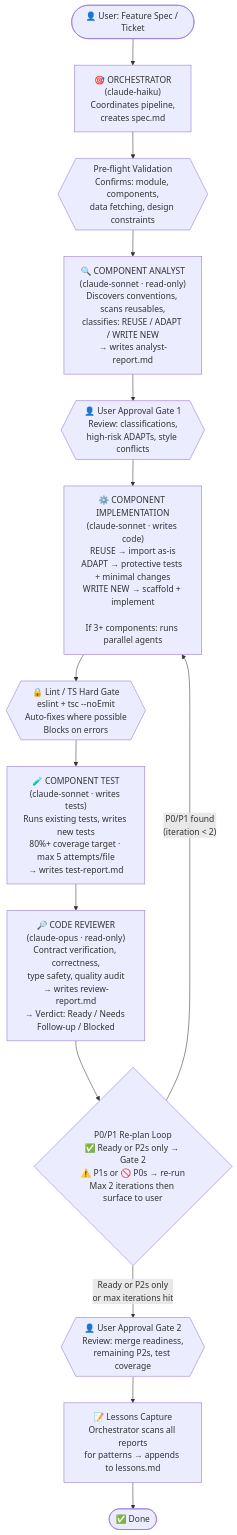
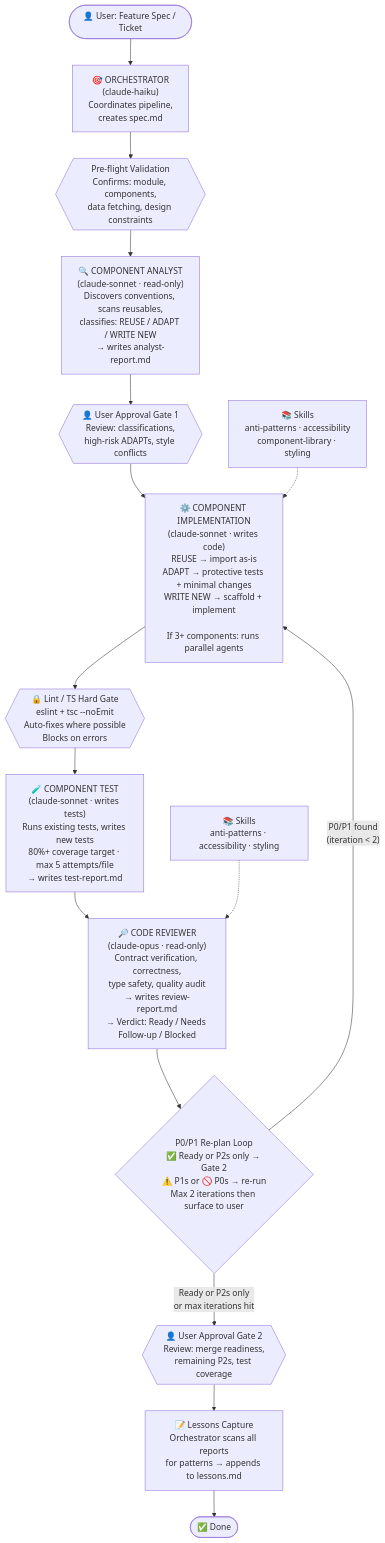
Before and after one commit to cgfeletar/Agents: the diagram in README.md, drawn with Mermaid.

Commit message:
Add skills to flowchart

````diff
--- a/README.md
+++ b/README.md
@@ -14,41 +14,47 @@
 ```mermaid
 flowchart TD
     USER([👤 User: Feature Spec / Ticket])
     USER --> ORC
 
     ORC["🎯 ORCHESTRATOR<br/>(claude-haiku)<br/>Coordinates pipeline,<br/>creates spec.md"]
     ORC --> PRE
 
     PRE{{"Pre-flight Validation<br/>Confirms: module, components,<br/>data fetching, design constraints"}}
     PRE --> ANA
 
     ANA["🔍 COMPONENT ANALYST<br/>(claude-sonnet · read-only)<br/>Discovers conventions, scans reusables,<br/>classifies: REUSE / ADAPT / WRITE NEW<br/>→ writes analyst-report.md"]
     ANA --> GATE1
 
     GATE1{{"👤 User Approval Gate 1<br/>Review: classifications,<br/>high-risk ADAPTs, style conflicts"}}
     GATE1 --> IMP
 
+    SK_IMP["📚 Skills<br/>anti-patterns · accessibility<br/>component-library · styling"]
+    SK_IMP -.-> IMP
+
     IMP["⚙️ COMPONENT IMPLEMENTATION<br/>(claude-sonnet · writes code)<br/>REUSE → import as-is<br/>ADAPT → protective tests + minimal changes<br/>WRITE NEW → scaffold + implement<br/><br/>If 3+ components: runs parallel agents"]
     IMP --> LINT
 
     LINT{{"🔒 Lint / TS Hard Gate<br/>eslint + tsc --noEmit<br/>Auto-fixes where possible<br/>Blocks on errors"}}
     LINT --> TEST
 
     TEST["🧪 COMPONENT TEST<br/>(claude-sonnet · writes tests)<br/>Runs existing tests, writes new tests<br/>80%+ coverage target · max 5 attempts/file<br/>→ writes test-report.md"]
     TEST --> REV
+
+    SK_REV["📚 Skills<br/>anti-patterns · accessibility · styling"]
+    SK_REV -.-> REV
 
     REV["🔎 CODE REVIEWER<br/>(claude-opus · read-only)<br/>Contract verification, correctness,<br/>type safety, quality audit<br/>→ writes review-report.md<br/>→ Verdict: Ready / Needs Follow-up / Blocked"]
     REV --> LOOP
 
     LOOP{"P0/P1 Re-plan Loop<br/>✅ Ready or P2s only → Gate 2<br/>⚠️ P1s or 🚫 P0s → re-run<br/>Max 2 iterations then surface to user"}
     LOOP -->|"P0/P1 found<br/>(iteration < 2)"| IMP
     LOOP -->|"Ready or P2s only<br/>or max iterations hit"| GATE2
 
     GATE2{{"👤 User Approval Gate 2<br/>Review: merge readiness,<br/>remaining P2s, test coverage"}}
     GATE2 --> LESSONS
 
     LESSONS["📝 Lessons Capture<br/>Orchestrator scans all reports<br/>for patterns → appends to lessons.md"]
     LESSONS --> DONE
 
     DONE([✅ Done])
 ```
````
